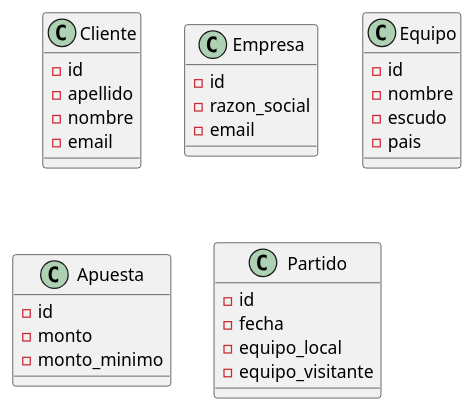
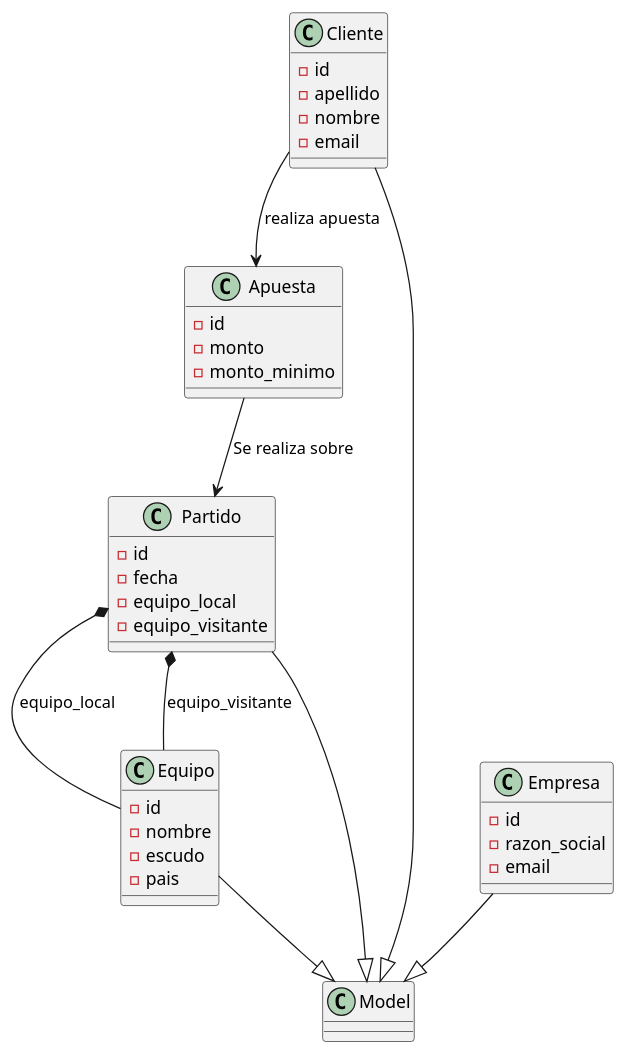
The diagram in Bookmaker-DS/docs/diagrama_de_clases.puml (Almonacid98/Bookmaker-DS), drawn with PlantUML before and after one commit.

Commit message:
Cosas agregadas

```diff
--- a/Bookmaker-DS/docs/diagrama_de_clases.puml
+++ b/Bookmaker-DS/docs/diagrama_de_clases.puml
@@ -1,37 +1,46 @@
 @startuml:
 class Cliente {
     - id
     - apellido
     - nombre 
     - email
 }
 
 class Empresa {
     - id
     - razon_social
     - email
 }
 
 class Equipo {
     - id
     - nombre
     - escudo
     - pais
 }
 
 
 class Apuesta {
     - id
     - monto 
     - monto_minimo
 }
 
 class Partido {
     - id
     - fecha
     - equipo_local
     - equipo_visitante
     
 }
 
+Partido *-- Equipo: equipo_local
+Partido *-- Equipo: equipo_visitante
+Cliente --> Apuesta: realiza apuesta
+Cliente --|> Model
+Equipo --|> Model
+Empresa --|> Model
+Partido --|> Model
+Apuesta --> Partido: Se realiza sobre
+
 @enduml
```
